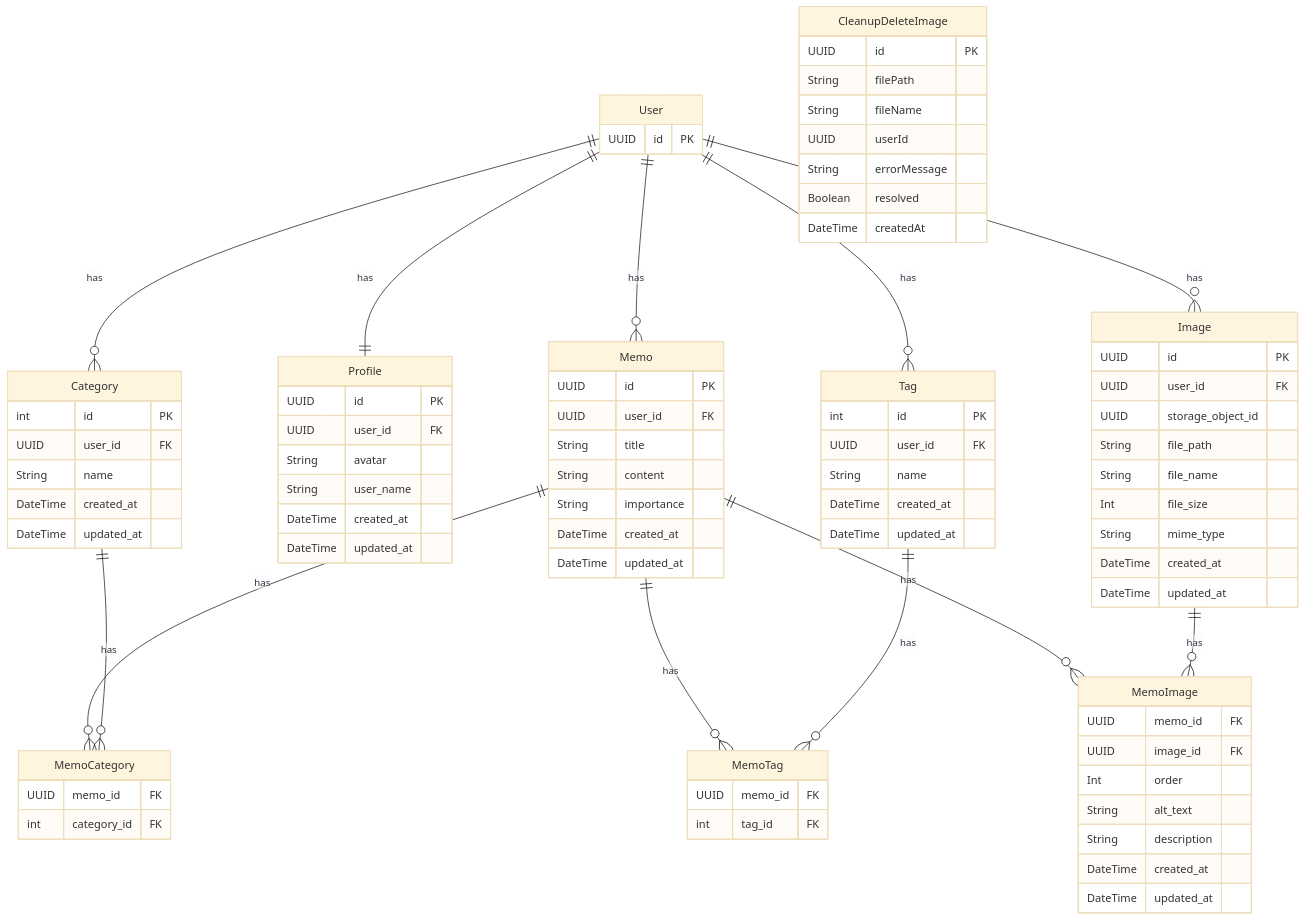
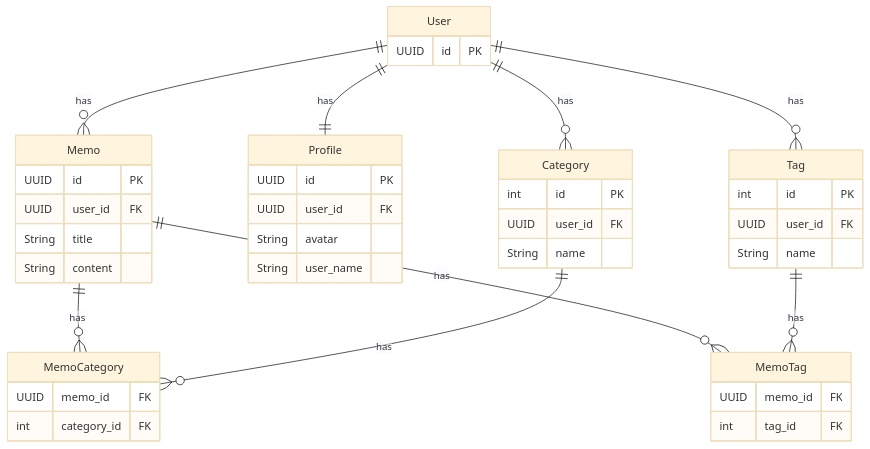
The second of 2 diagrams in README.md (k-gitest/react-spa-architecture), drawn with Mermaid (base theme) before and after one commit. The commit also changed other lines of this file and 7 other files, not shown here.

````diff
--- a/README.md
+++ b/README.md
@@ -136,15 +136,11 @@
   User ||--|| Profile : has
   User ||--o{ Category : has
   User ||--o{ Tag : has
-  User ||--o{ Image : has
 
   Memo ||--o{ MemoCategory : has
   Memo ||--o{ MemoTag : has
-  Memo ||--o{ MemoImage : has
-
   Category ||--o{ MemoCategory : has
   Tag ||--o{ MemoTag : has
-  Image ||--o{ MemoImage : has
 
   User {
     UUID id PK
@@ -155,8 +151,6 @@
     UUID user_id FK
     String avatar
     String user_name
-    DateTime created_at
-    DateTime updated_at
   }
 
   Memo {
@@ -164,17 +158,18 @@
     UUID user_id FK
     String title
     String content
-    String importance
-    DateTime created_at
-    DateTime updated_at
   }
 
   Category {
     int id PK
     UUID user_id FK
     String name
-    DateTime created_at
-    DateTime updated_at
+  }
+
+  Tag {
+    int id PK
+    UUID user_id FK
+    String name
   }
 
   MemoCategory {
@@ -182,50 +177,8 @@
     int category_id FK
   }
 
-  Tag {
-    int id PK
-    UUID user_id FK
-    String name
-    DateTime created_at
-    DateTime updated_at
-  }
-
   MemoTag {
     UUID memo_id FK
     int tag_id FK
   }
-
-  Image {
-    UUID id PK
-    UUID user_id FK
-    UUID storage_object_id
-    String file_path
-    String file_name
-    Int file_size
-    String mime_type
-    DateTime created_at
-    DateTime updated_at
-  }
-
-  MemoImage {
-    UUID memo_id FK
-    UUID image_id FK
-    Int order
-    String alt_text
-    String description
-    DateTime created_at
-    DateTime updated_at
-  }
-
-  CleanupDeleteImage {
-    UUID id PK
-    String filePath
-    String fileName
-    UUID userId
-    String errorMessage
-    Boolean resolved
-    DateTime createdAt
-  }
-
-
 ```
````
